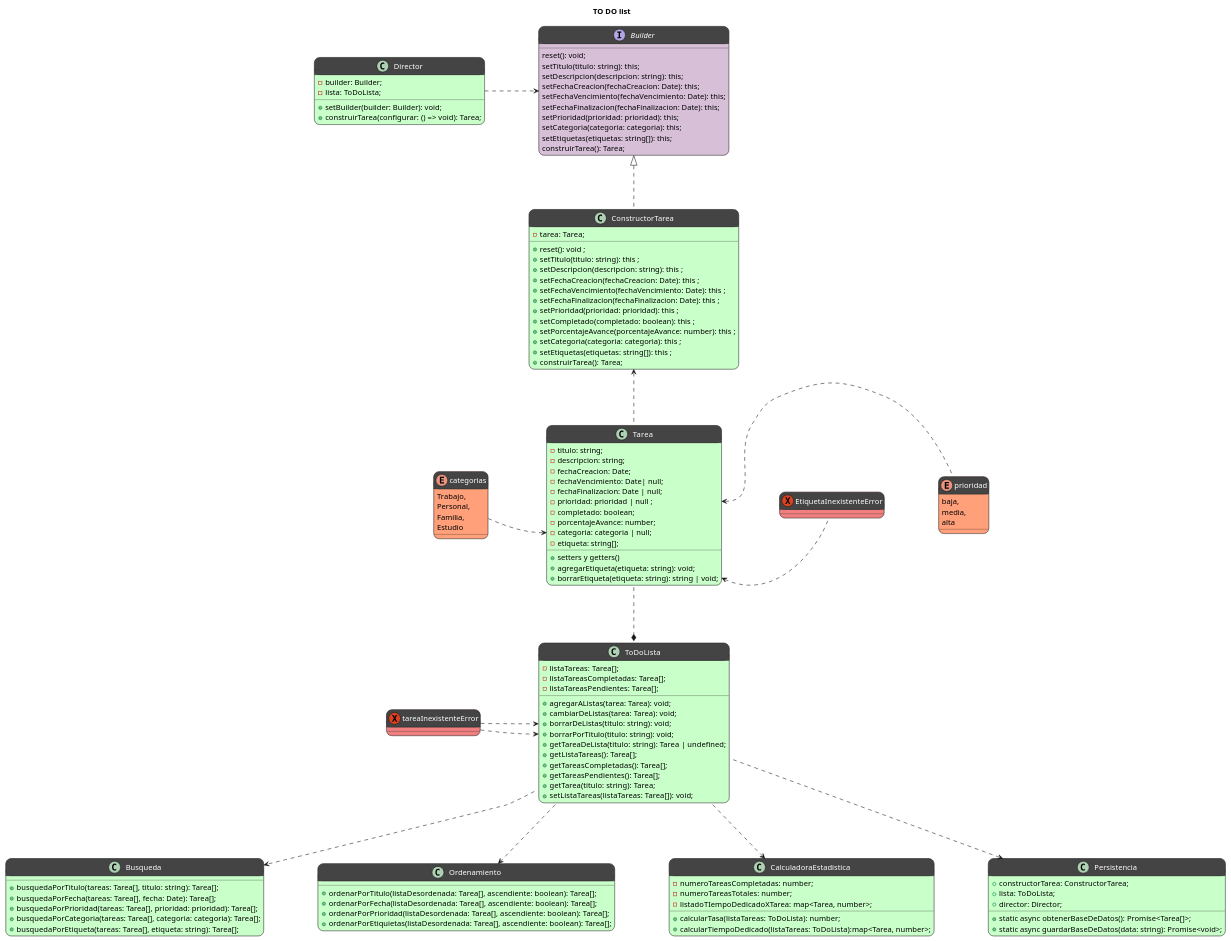
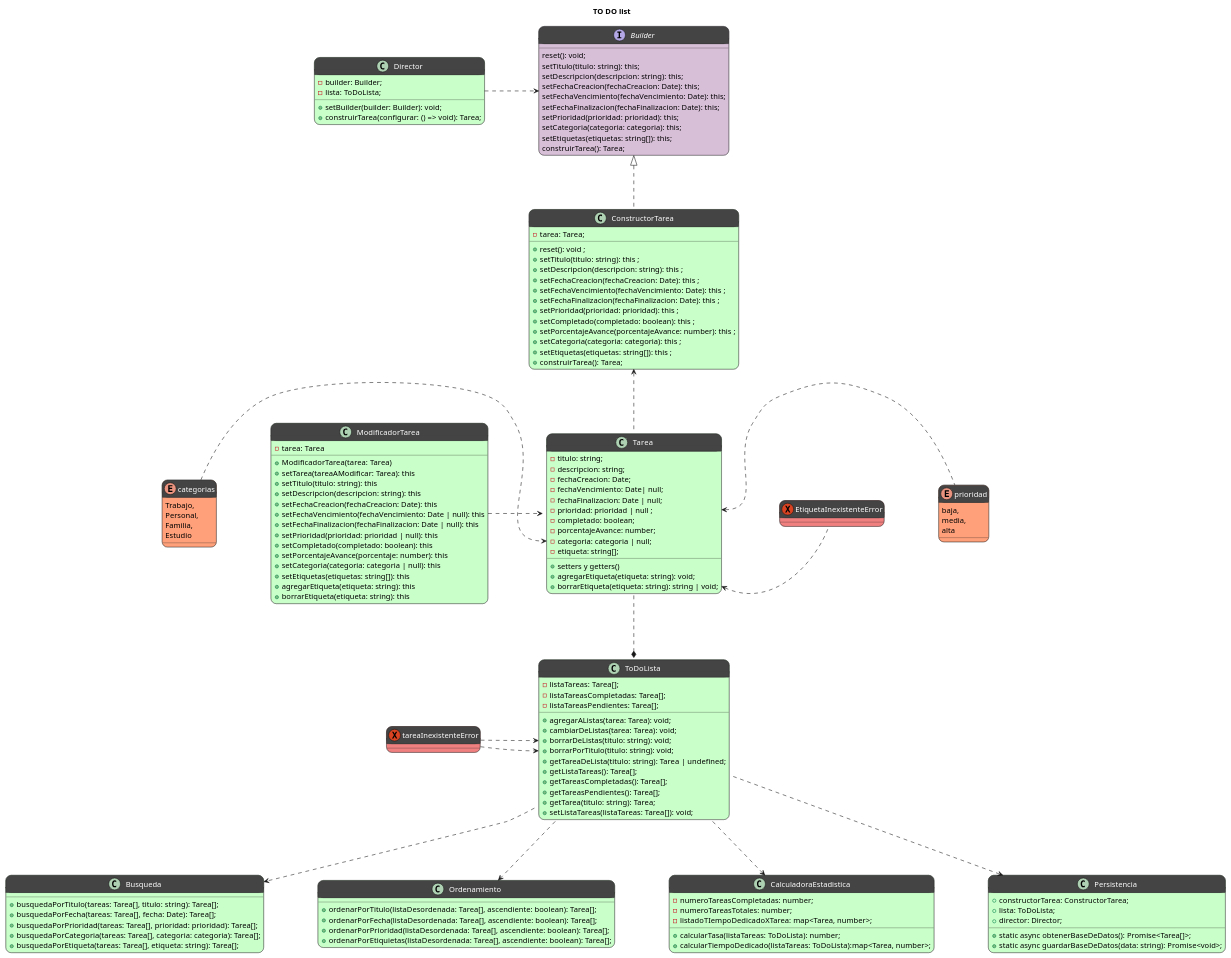
Before and after one commit to FrancoLuduena-dev/To-DO-list: the diagram in diagramas/diagrama_clases.puml, drawn with PlantUML. The commit also changed 4 other files, not shown here.

Commit message:
arregle un commit erroneo, creacion clase modificarTarea, actualize diagrama

```diff
--- a/diagramas/diagrama_clases.puml
+++ b/diagramas/diagrama_clases.puml
@@ -1,146 +1,165 @@
 @startuml diagrama clases
 title TO DO list
 
 interface Builder #Thistle;header:444 {
     reset(): void;
     setTitulo(titulo: string): this;
     setDescripcion(descripcion: string): this;
     setFechaCreacion(fechaCreacion: Date): this;
     setFechaVencimiento(fechaVencimiento: Date): this;
     setFechaFinalizacion(fechaFinalizacion: Date): this;
     setPrioridad(prioridad: prioridad): this;
     setCategoria(categoria: categoria): this;
     setEtiquetas(etiquetas: string[]): this;
     construirTarea(): Tarea;
 }
 
 class Tarea #TECHNOLOGY;header:444{
     - titulo: string;
     - descripcion: string;
     - fechaCreacion: Date;
     - fechaVencimiento: Date| null;
     - fechaFinalizacion: Date | null;
     - prioridad: prioridad | null ;
     - completado: boolean;
     - porcentajeAvance: number;
     - categoria: categoria | null;
     - etiqueta: string[];
     + setters y getters()
     + agregarEtiqueta(etiqueta: string): void;
     + borrarEtiqueta(etiqueta: string): string | void;
 }
 
 class ConstructorTarea #TECHNOLOGY;header:444 implements Builder {
     - tarea: Tarea;
     +reset(): void ;
     +setTitulo(titulo: string): this ;
     +setDescripcion(descripcion: string): this ;
     +setFechaCreacion(fechaCreacion: Date): this ;
     +setFechaVencimiento(fechaVencimiento: Date): this ;
     +setFechaFinalizacion(fechaFinalizacion: Date): this ;
     +setPrioridad(prioridad: prioridad): this ;
     +setCompletado(completado: boolean): this ;
     +setPorcentajeAvance(porcentajeAvance: number): this ;
     +setCategoria(categoria: categoria): this ;
     +setEtiquetas(etiquetas: string[]): this ;
     +construirTarea(): Tarea;
 }
 
 class Director #TECHNOLOGY;header:444 {
     - builder: Builder;
     - lista: ToDoLista;
     + setBuilder(builder: Builder): void;
     + construirTarea(configurar: () => void): Tarea;
+}
+
+class ModificadorTarea #TECHNOLOGY;header:444{
+    - tarea: Tarea
+    + ModificadorTarea(tarea: Tarea)
+    + setTarea(tareaAModificar: Tarea): this
+    + setTitulo(titulo: string): this
+    + setDescripcion(descripcion: string): this
+    + setFechaCreacion(fechaCreacion: Date): this
+    + setFechaVencimiento(fechaVencimiento: Date | null): this
+    + setFechaFinalizacion(fechaFinalizacion: Date | null): this
+    + setPrioridad(prioridad: prioridad | null): this
+    + setCompletado(completado: boolean): this
+    + setPorcentajeAvance(porcentaje: number): this
+    + setCategoria(categoria: categoria | null): this
+    + setEtiquetas(etiquetas: string[]): this
+    + agregarEtiqueta(etiqueta: string): this
+    + borrarEtiqueta(etiqueta: string): this
 }
 
 enum prioridad #LightSalmon;header:444{
     baja,
     media,
     alta
 }
 
 enum categorias #LightSalmon;header:444{
     Trabajo,
     Personal,
     Familia,
     Estudio
 }
 class ToDoLista #TECHNOLOGY;header:444 {
     - listaTareas: Tarea[];
     - listaTareasCompletadas: Tarea[];
     - listaTareasPendientes: Tarea[];
     + agregarAListas(tarea: Tarea): void;
     + cambiarDeListas(tarea: Tarea): void;
     + borrarDeListas(titulo: string): void;
     + borrarPorTitulo(titulo: string): void;
     + getTareaDeLista(titulo: string): Tarea | undefined;
     + getListaTareas(): Tarea[];
     + getTareasCompletadas(): Tarea[];
     + getTareasPendientes(): Tarea[];
     + getTarea(titulo: string): Tarea;
     + setListaTareas(listaTareas: Tarea[]): void;
 }
 
 class Busqueda #TECHNOLOGY;header:444 {
     + busquedaPorTitulo(tareas: Tarea[], titulo: string): Tarea[];
     + busquedaPorFecha(tareas: Tarea[], fecha: Date): Tarea[];
     + busquedaPorPrioridad(tareas: Tarea[], prioridad: prioridad): Tarea[];
     + busquedaPorCategoria(tareas: Tarea[], categoria: categoria): Tarea[];
     + busquedaPorEtiqueta(tareas: Tarea[], etiqueta: string): Tarea[];
 }
 class Ordenamiento #TECHNOLOGY;header:444 {
     + ordenarPorTitulo(listaDesordenada: Tarea[], ascendiente: boolean): Tarea[];
     + ordenarPorFecha(listaDesordenada: Tarea[], ascendiente: boolean): Tarea[];
     + ordenarPorPrioridad(listaDesordenada: Tarea[], ascendiente: boolean): Tarea[];
     + ordenarPorEtiquietas(listaDesordenada: Tarea[], ascendiente: boolean): Tarea[];
 }
 class CalculadoraEstadistica #TECHNOLOGY;header:444 {
     - numeroTareasCompletadas: number;
     - numeroTareasTotales: number;
     - listadoTIempoDedicadoXTarea: map<Tarea, number>;
     + calcularTasa(listaTareas: ToDoLista): number;
     + calcularTiempoDedicado(listaTareas: ToDoLista):map<Tarea, number>;
 }
 
 class Persistencia #TECHNOLOGY;header:444 {
     + constructorTarea: ConstructorTarea;
     + lista: ToDoLista;
     + director: Director;
     + static async obtenerBaseDeDatos(): Promise<Tarea[]>;
     + static async guardarBaseDeDatos(data: string): Promise<void>;
 }
 exception tareaInexistenteError #LightCoral;header:444{}
 
 exception EtiquetaInexistenteError #LightCoral;header:444{}
 'relaciones
     skinparam ranksep 100
 'cambia el largo de las flechas
     skinparam nodesep 100
 'cambia la distancia entre los cuadrados
     categorias .r.> Tarea::categoria
     Tarea .u.> ConstructorTarea
     Tarea ..* ToDoLista
     prioridad .l.> Tarea::prioridad
     Tarea::borrarEtiqueta <.r. EtiquetaInexistenteError
     ToDoLista::borrarDeLista <.l. tareaInexistenteError
     ToDoLista::borrarPorTitulo <.l. tareaInexistenteError
     ToDoLista .d.> CalculadoraEstadistica
     ToDoLista .d.> Busqueda
     ToDoLista .d.> Ordenamiento
     ToDoLista .d.> Persistencia
     Director .r.> Builder
+    ModificadorTarea .r.> Tarea
 'notas
 'diseño
         'colores de clases
             /'
             clase: #TECHNOLOGY;header:444
             clase: abstracta #LightCyan;header:444
             interfaz: #Thistle;header:444
             enums: #LightSalmon;header:444
             excepciones: #LightCoral;header:444
             '/
             skinparam roundcorner 20
         'cambia las esquinas de las clases para hacerlas mas redondeadas
             skinparam classFontColor automatic
         'cambia el color de fuente de todas las clases asi se ve en blanco sobre el fondo oscuro
     @enduml
```
